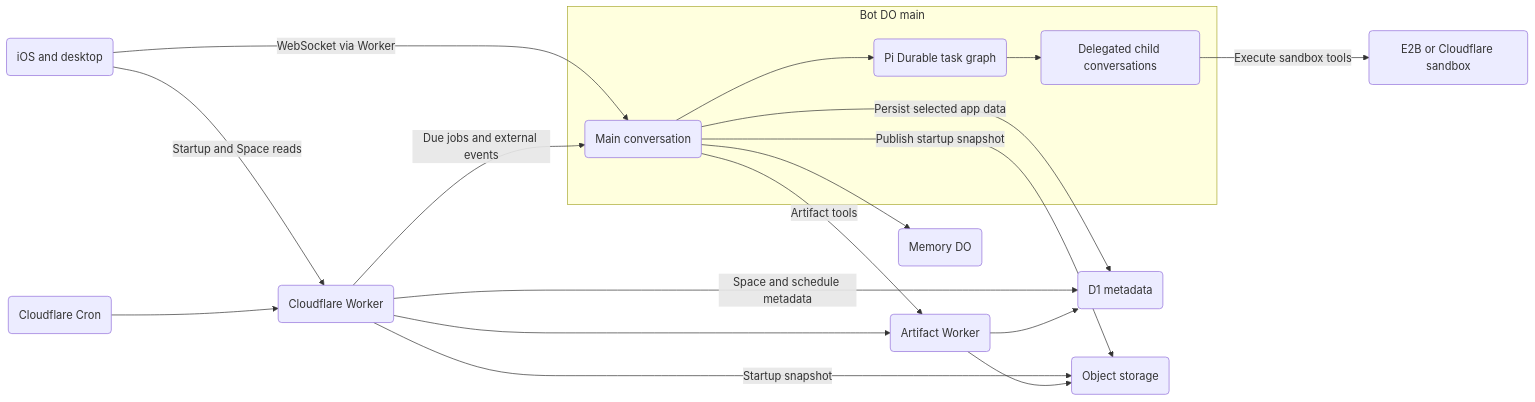
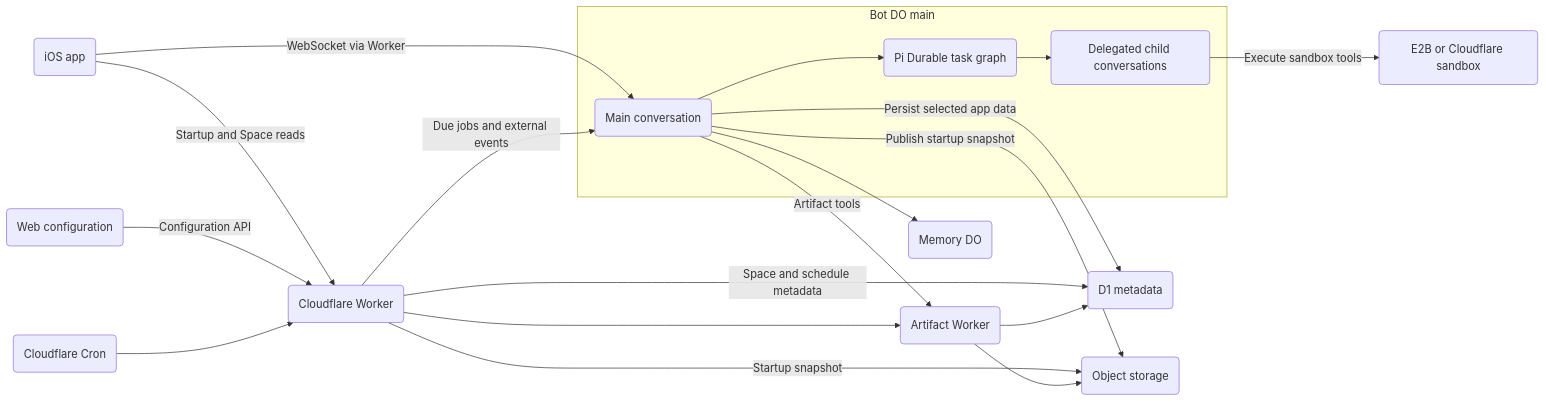
The diagram in docs/ARCHITECTURE.md (iamludamn/lulu), drawn with Mermaid before and after one commit. The commit also changed other lines of this file and 33 other files, not shown here.

Commit message:
Focus monorepo delivery on Lulu for iOS and Web configuration

````diff
--- a/docs/ARCHITECTURE.md
+++ b/docs/ARCHITECTURE.md
@@ -29,32 +39,34 @@
 ```mermaid
 flowchart LR
-    Native(iOS and desktop)
+    Native(iOS app)
+    Web(Web configuration)
     Worker(Cloudflare Worker)
     Cron(Cloudflare Cron)
     Artifact(Artifact Worker)
     Metadata(D1 metadata)
     Bucket(Object storage)
     subgraph Bot[Bot DO main]
         Main(Main conversation)
         Runs(Pi Durable task graph)
         Child(Delegated child conversations)
         Main --> Runs --> Child
     end
     Sandbox(E2B or Cloudflare sandbox)
     Memory(Memory DO)
 
     Native -->|Startup and Space reads| Worker
     Native -->|WebSocket via Worker| Main
+    Web -->|Configuration API| Worker
     Cron --> Worker
     Worker -->|Due jobs and external events| Main
     Worker -->|Startup snapshot| Bucket
     Worker -->|Space and schedule metadata| Metadata
     Worker --> Artifact
     Main -->|Persist selected app data| Metadata
     Main -->|Publish startup snapshot| Bucket
     Main -->|Artifact tools| Artifact
     Artifact --> Bucket
     Artifact --> Metadata
     Child -->|Execute sandbox tools| Sandbox
     Main --> Memory
 ```
````
